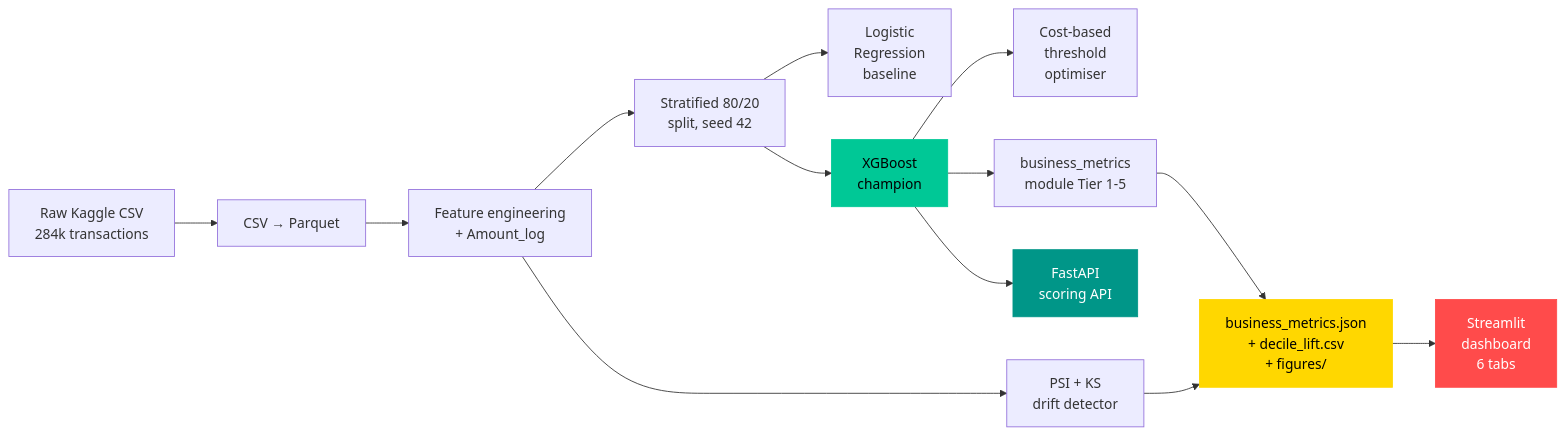
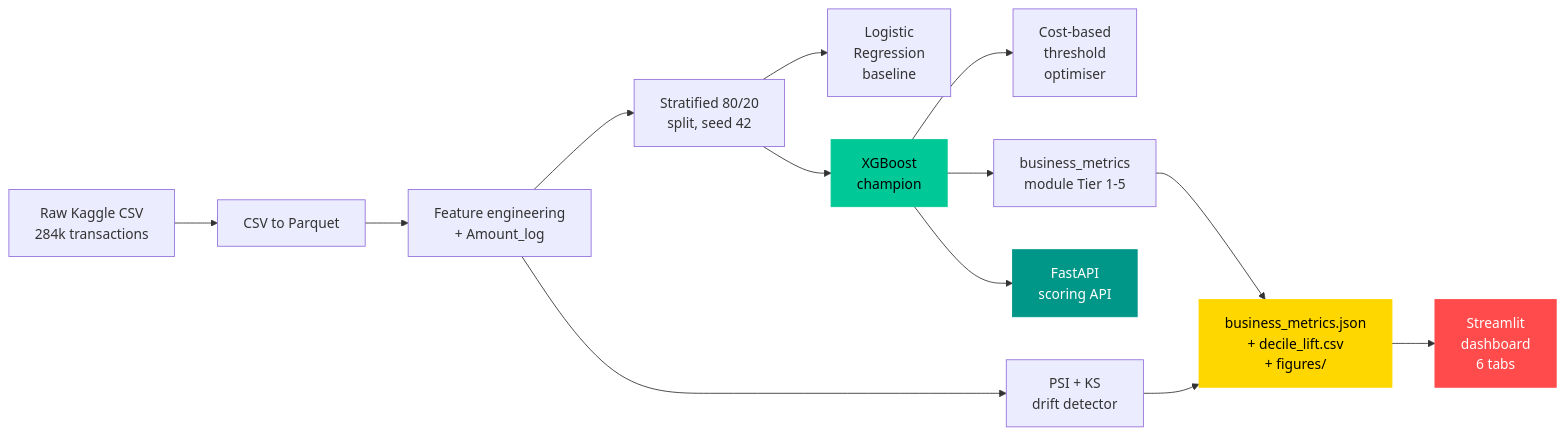
Before and after one commit to fahadamjad009/fintech-fraud-detection-platform: the diagram in README.md, drawn with Mermaid. The commit also changed other lines of this file, not shown here.

````diff
--- a/README.md
+++ b/README.md
@@ -100,20 +100,20 @@
 ```mermaid
 flowchart LR
-    A[Raw Kaggle CSV<br/>284k transactions] --> B[CSV → Parquet]
+    A[Raw Kaggle CSV<br/>284k transactions] --> B[CSV to Parquet]
     B --> C[Feature engineering<br/>+ Amount_log]
     C --> D[Stratified 80/20<br/>split, seed 42]
     D --> E1[Logistic<br/>Regression<br/>baseline]
     D --> E2[XGBoost<br/>champion]
     E2 --> F[Cost-based<br/>threshold<br/>optimiser]
     E2 --> G[business_metrics<br/>module Tier 1-5]
     G --> H[business_metrics.json<br/>+ decile_lift.csv<br/>+ figures/]
     H --> I[Streamlit<br/>dashboard<br/>6 tabs]
     E2 --> J[FastAPI<br/>scoring API]
     C --> K[PSI + KS<br/>drift detector]
     K --> H
 
     style E2 fill:#00C896,color:#000,stroke:#00C896
     style I fill:#FF4B4B,color:#fff,stroke:#FF4B4B
     style J fill:#009688,color:#fff,stroke:#009688
     style H fill:#FFD700,color:#000,stroke:#FFD700
 ```
````
